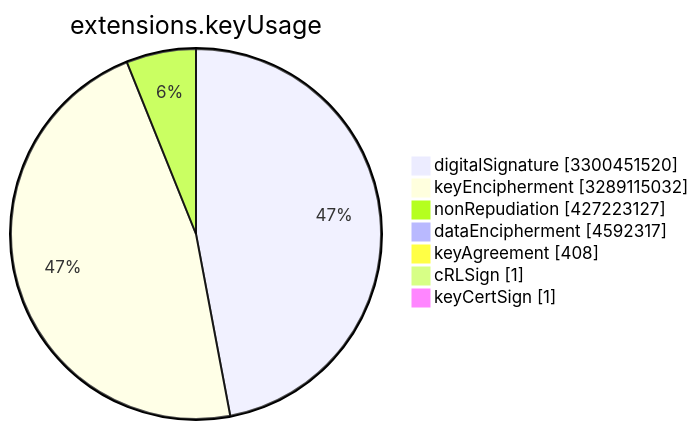
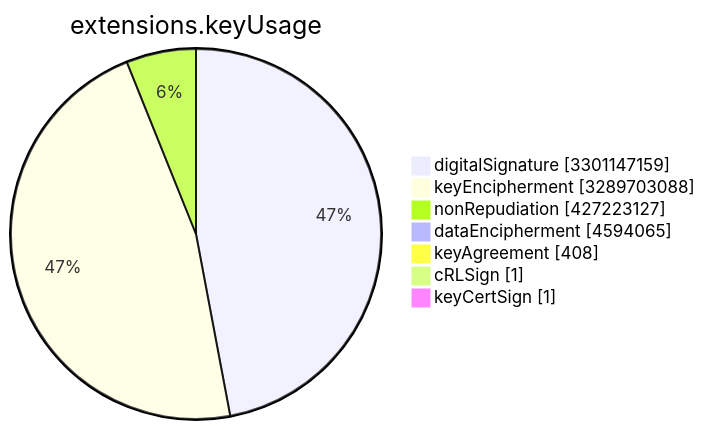
Before and after one commit to christiankrug/ctmonitor_visualization: the sixth of 15 diagrams in TOTAL/README.md, drawn with Mermaid. The commit also changed other lines of this file, not shown here.

````diff
--- a/TOTAL/README.md
+++ b/TOTAL/README.md
@@ -3078,11 +3078,11 @@
 ```mermaid
 pie showData
 title extensions.keyUsage
-"digitalSignature" :3300451520
-"keyEncipherment" :3289115032
+"digitalSignature" :3301147159
+"keyEncipherment" :3289703088
 "nonRepudiation" :427223127
-"dataEncipherment" :4592317
+"dataEncipherment" :4594065
 "keyAgreement" :408
 "cRLSign" :1
 "keyCertSign" :1
 ```
````
